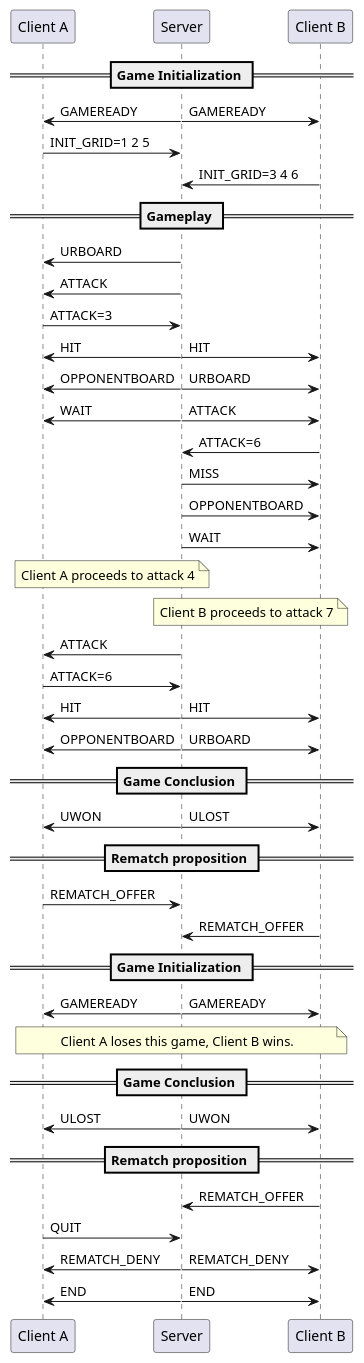
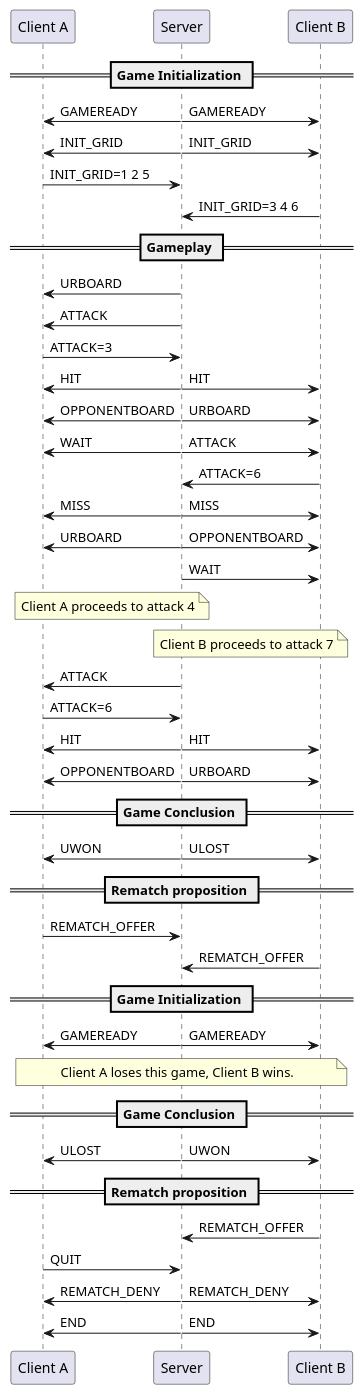
One commit to zaidschouwey98/DAI_naval_battle changed the diagram in src/main/java/ch/heigvd/dai/diagramsCode/functional.puml. Above: the diagram before and after it, drawn with PlantUML. The commit also changed 3 other files, not shown here.

```diff
--- a/src/main/java/ch/heigvd/dai/diagramsCode/functional.puml
+++ b/src/main/java/ch/heigvd/dai/diagramsCode/functional.puml
@@ -1,59 +1,63 @@
 @startuml
 !pragma teoz true
 participant "Client A" as CA
 participant "Server" as S
 participant "Client B" as CB
 
 == Game Initialization ==
 
 S -> CA: GAMEREADY
 & S -> CB: GAMEREADY
+S -> CA: INIT_GRID
+& S -> CB: INIT_GRID
 CA -> S: INIT_GRID=1 2 5
 CB -> S: INIT_GRID=3 4 6
 
 == Gameplay ==
 S -> CA: URBOARD
 S -> CA: ATTACK
 CA -> S: ATTACK=3
 S -> CA: HIT
 & S -> CB: HIT
 S -> CA: OPPONENTBOARD
 & S -> CB: URBOARD
 S -> CA: WAIT
 & S -> CB: ATTACK
 CB -> S: ATTACK=6
 S -> CB: MISS
+& S -> CA: MISS
 S -> CB: OPPONENTBOARD
+& S -> CA: URBOARD
 S -> CB: WAIT
 note over CA, S : Client A proceeds to attack 4
 note over CB, S : Client B proceeds to attack 7
 S -> CA: ATTACK
 CA -> S: ATTACK=6
 S -> CA: HIT
 & S -> CB: HIT
 S -> CA: OPPONENTBOARD
 & S -> CB: URBOARD
 
 == Game Conclusion ==
 S -> CA: UWON
 & S -> CB: ULOST
 
 == Rematch proposition ==
 CA -> S: REMATCH_OFFER
 CB -> S: REMATCH_OFFER
 == Game Initialization ==
 S -> CA: GAMEREADY
 & S -> CB: GAMEREADY
 note over CA, CB: Client A loses this game, Client B wins.
 == Game Conclusion ==
 S -> CB: UWON
 & S -> CA: ULOST
 == Rematch proposition ==
 CB -> S: REMATCH_OFFER
 CA -> S: QUIT
 S -> CA: REMATCH_DENY
 & S -> CB: REMATCH_DENY
 S -> CA: END
 & S -> CB: END
 
 @enduml
```
